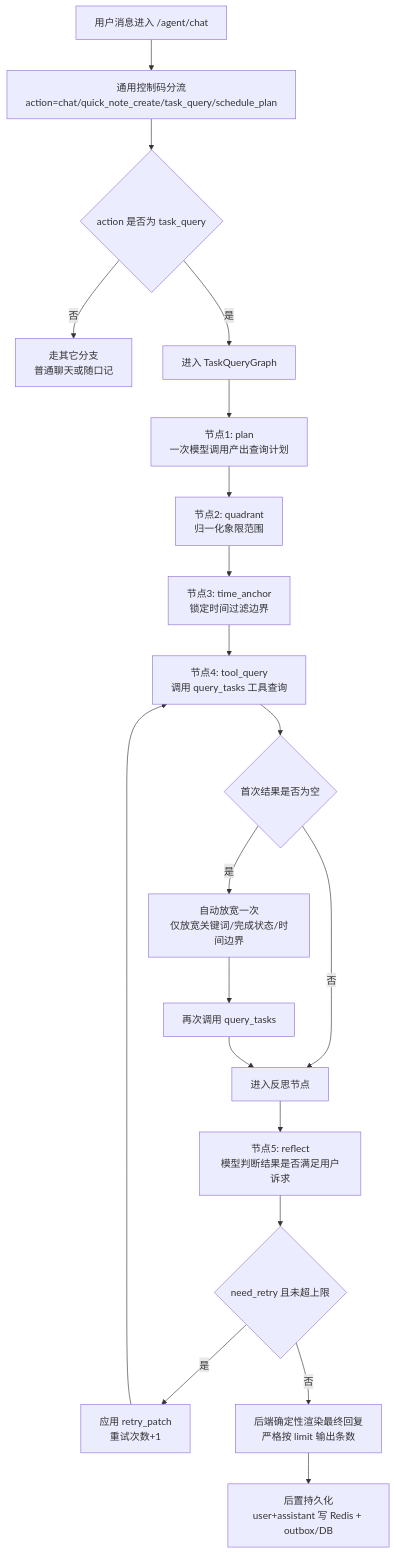
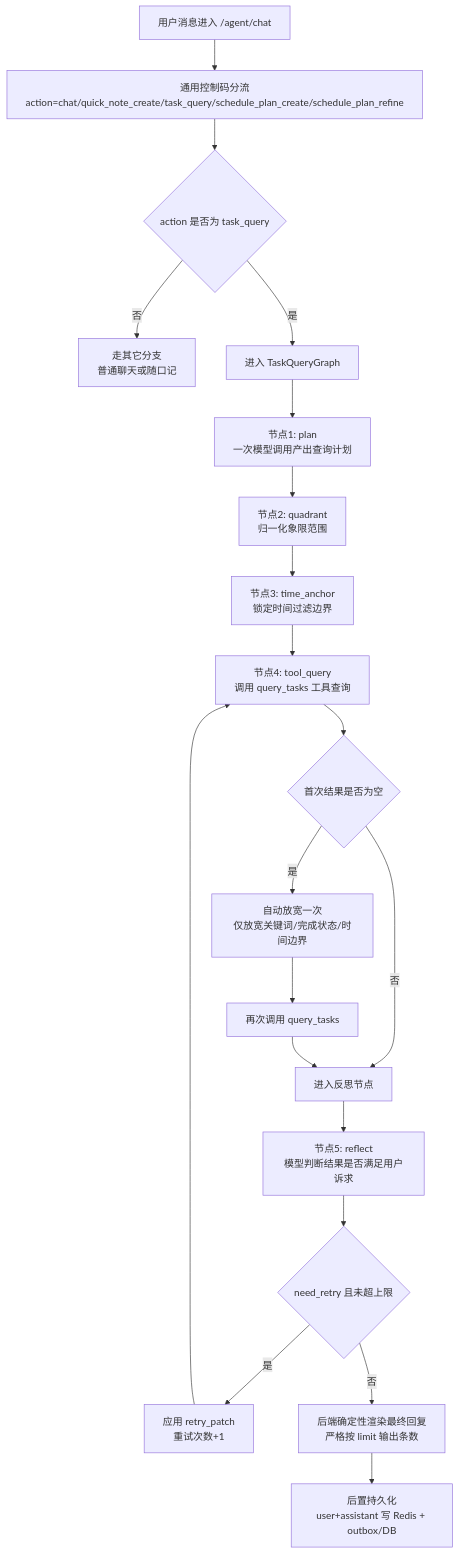
One commit to LoveLosita/SmartFlow-Agent changed the third of 5 diagrams in README.md. Above: the diagram before and after it, drawn with Mermaid. The commit also changed other lines of this file and 132 other files, not shown here.

````diff
--- a/README.md
+++ b/README.md
@@ -432,22 +439,22 @@
 ```mermaid
 flowchart TD
-    A["用户消息进入 /agent/chat"] --> B["通用控制码分流<br/>action=chat/quick_note_create/task_query/schedule_plan"]
+    A["用户消息进入 /agent/chat"] --> B["通用控制码分流<br/>action=chat/quick_note_create/task_query/schedule_plan_create/schedule_plan_refine"]
     B --> C{"action 是否为 task_query"}
     C -- 否 --> D["走其它分支<br/>普通聊天或随口记"]
     C -- 是 --> E["进入 TaskQueryGraph"]
     E --> F["节点1: plan<br/>一次模型调用产出查询计划"]
     F --> G["节点2: quadrant<br/>归一化象限范围"]
     G --> H["节点3: time_anchor<br/>锁定时间过滤边界"]
     H --> I["节点4: tool_query<br/>调用 query_tasks 工具查询"]
     I --> J{"首次结果是否为空"}
     J -- 是 --> K["自动放宽一次<br/>仅放宽关键词/完成状态/时间边界"]
     K --> L["再次调用 query_tasks"]
     J -- 否 --> M["进入反思节点"]
     L --> M
     M --> N["节点5: reflect<br/>模型判断结果是否满足用户诉求"]
     N --> O{"need_retry 且未超上限"}
     O -- 是 --> P["应用 retry_patch<br/>重试次数+1"]
     P --> I
     O -- 否 --> Q["后端确定性渲染最终回复<br/>严格按 limit 输出条数"]
     Q --> R["后置持久化<br/>user+assistant 写 Redis + outbox/DB"]
 ```
````
